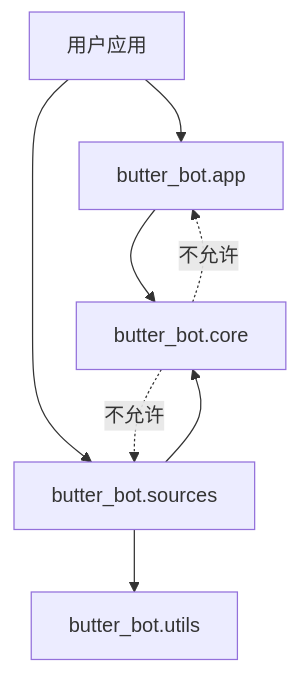
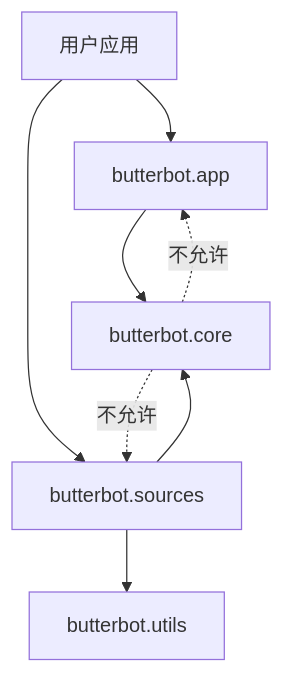
One commit to GEYUANwuqi/bilipy_bot changed the diagram in docs/guide/project-structure.md. Above: the diagram before and after it, drawn with Mermaid. The commit also changed other lines of this file and 179 other files, not shown here.

````diff
--- a/docs/guide/project-structure.md
+++ b/docs/guide/project-structure.md
@@ -62,10 +62,10 @@
 ```mermaid
 flowchart TD
-  U[用户应用] --> APP[butter_bot.app]
-  APP --> CORE[butter_bot.core]
-  U --> SOURCES[butter_bot.sources]
+  U[用户应用] --> APP[butterbot.app]
+  APP --> CORE[butterbot.core]
+  U --> SOURCES[butterbot.sources]
   SOURCES --> CORE
-  SOURCES --> UTILS[butter_bot.utils]
+  SOURCES --> UTILS[butterbot.utils]
   CORE -. 不允许 .-> APP
   CORE -. 不允许 .-> SOURCES
 ```
````
